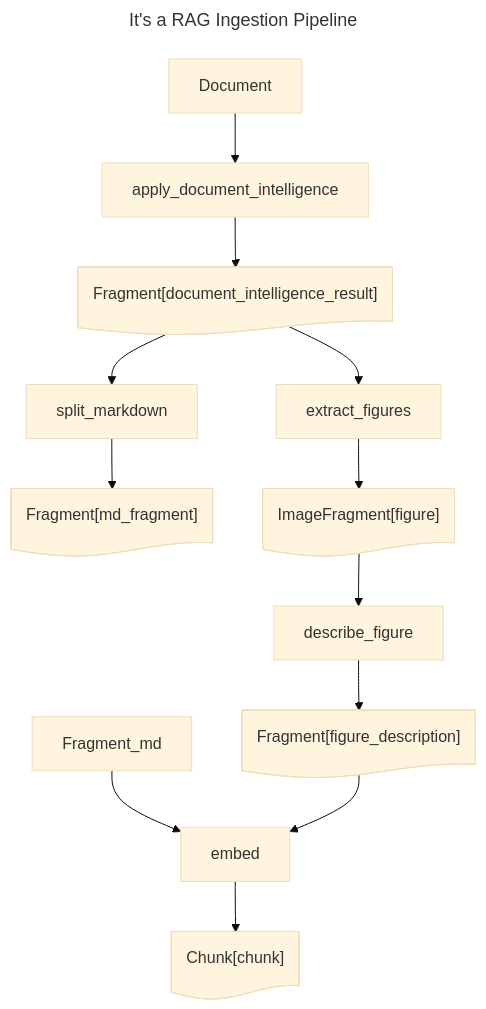
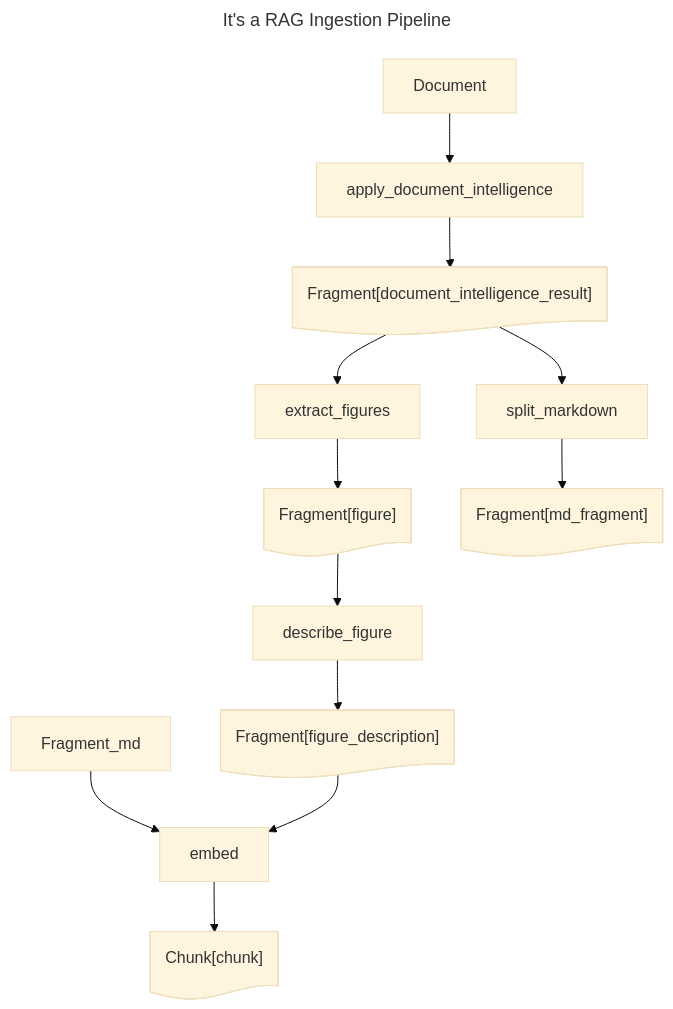
The diagram in examples/its_a_rag.md (Azure-Samples/az-ai-catalyst), drawn with Mermaid (base theme) before and after one commit. The commit also changed 14 other files, not shown here.

Commit message:
WIP Partial implementation of Markdown figure extraction for Its a RAG

````diff
--- a/examples/its_a_rag.md
+++ b/examples/its_a_rag.md
@@ -1,28 +1,28 @@
 ```mermaid
 ---
 title: It's a RAG Ingestion Pipeline
 ---
 flowchart TD
+    Fragment_figure@{ shape: doc, label: "Fragment[figure]" }
+    Fragment_document_intelligence_result@{ shape: doc, label: "Fragment[document_intelligence_result]" }
+    Fragment_md_fragment@{ shape: doc, label: "Fragment[md_fragment]" }
+    Fragment_figure_description@{ shape: doc, label: "Fragment[figure_description]" }
     Chunk_chunk@{ shape: doc, label: "Chunk[chunk]" }
-    Fragment_md_fragment@{ shape: doc, label: "Fragment[md_fragment]" }
-    ImageFragment_figure@{ shape: doc, label: "ImageFragment[figure]" }
-    Fragment_document_intelligence_result@{ shape: doc, label: "Fragment[document_intelligence_result]" }
-    Fragment_figure_description@{ shape: doc, label: "Fragment[figure_description]" }
     apply_document_intelligence@{ shape: rect, label: "apply_document_intelligence" }
     apply_document_intelligence --> Fragment_document_intelligence_result
     Document --> apply_document_intelligence
     extract_figures@{ shape: rect, label: "extract_figures" }
-    extract_figures --> ImageFragment_figure
+    extract_figures --> Fragment_figure
     Fragment_document_intelligence_result --> extract_figures
     describe_figure@{ shape: rect, label: "describe_figure" }
     describe_figure --> Fragment_figure_description
-    ImageFragment_figure --> describe_figure
+    Fragment_figure --> describe_figure
     split_markdown@{ shape: rect, label: "split_markdown" }
     split_markdown --> Fragment_md_fragment
     Fragment_document_intelligence_result --> split_markdown
     embed@{ shape: rect, label: "embed" }
     embed --> Chunk_chunk
     Fragment_md --> embed
     Fragment_figure_description --> embed
 
 ```
````
